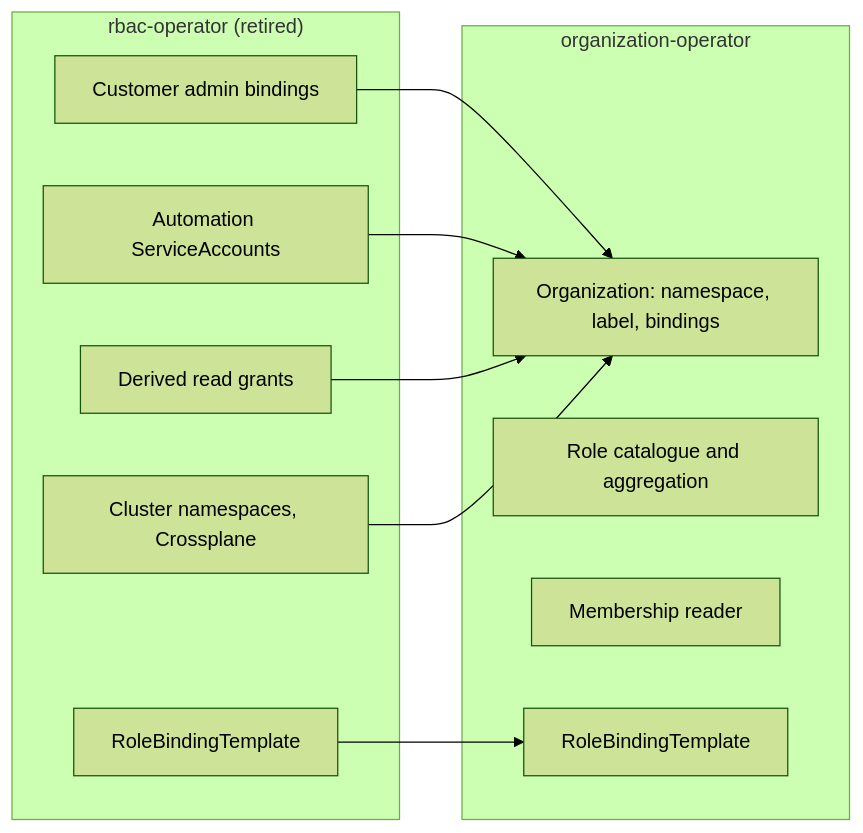
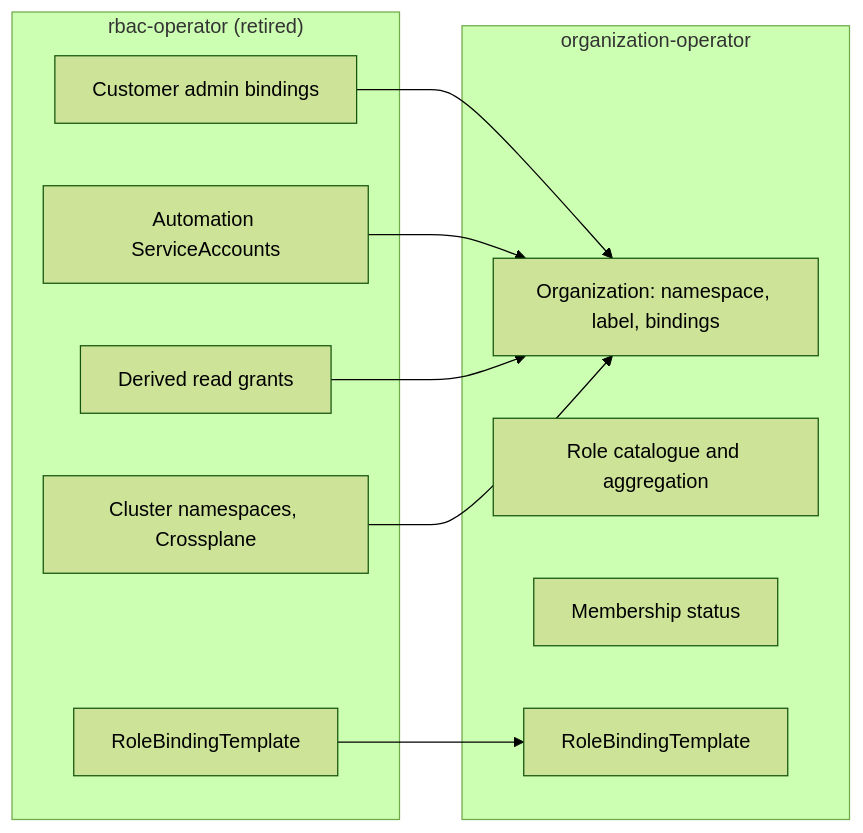
The fourth of 5 diagrams in organization-roles/README.md (giantswarm/rfc), drawn with Mermaid (forest theme) before and after one commit. The commit also changed other lines of this file, not shown here.

First line of the commit message:
Rework organization-roles RFC after security and architecture review

````diff
--- a/organization-roles/README.md
+++ b/organization-roles/README.md
@@ -126,21 +144,21 @@
 ```mermaid
 flowchart LR
   subgraph rbac["rbac-operator (retired)"]
     R1[Customer admin bindings]
     R2[Automation ServiceAccounts]
     R3[Derived read grants]
     R4[RoleBindingTemplate]
     R5[Cluster namespaces, Crossplane]
   end
   subgraph org["organization-operator"]
     O1[Organization: namespace, label, bindings]
     O2[Role catalogue and aggregation]
-    O3[Membership reader]
+    O3[Membership status]
     O4[RoleBindingTemplate]
   end
   R1 --> O1
   R2 --> O1
   R3 --> O1
   R4 --> O4
   R5 --> O1
 ```
````
